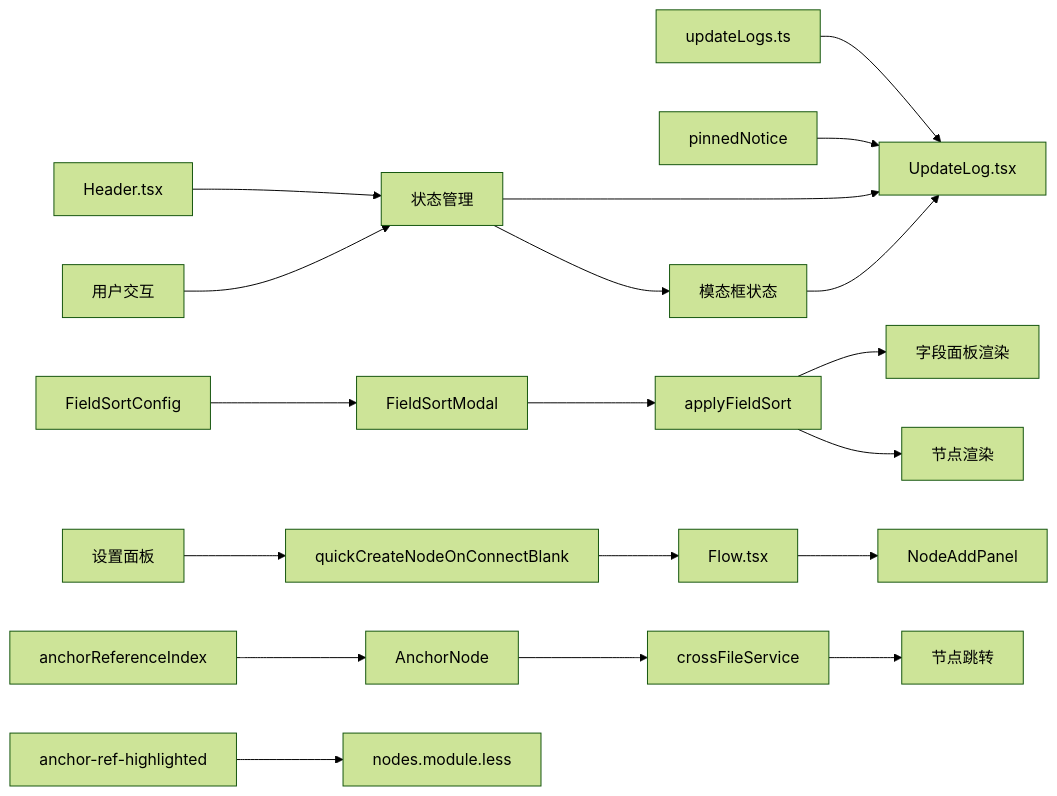
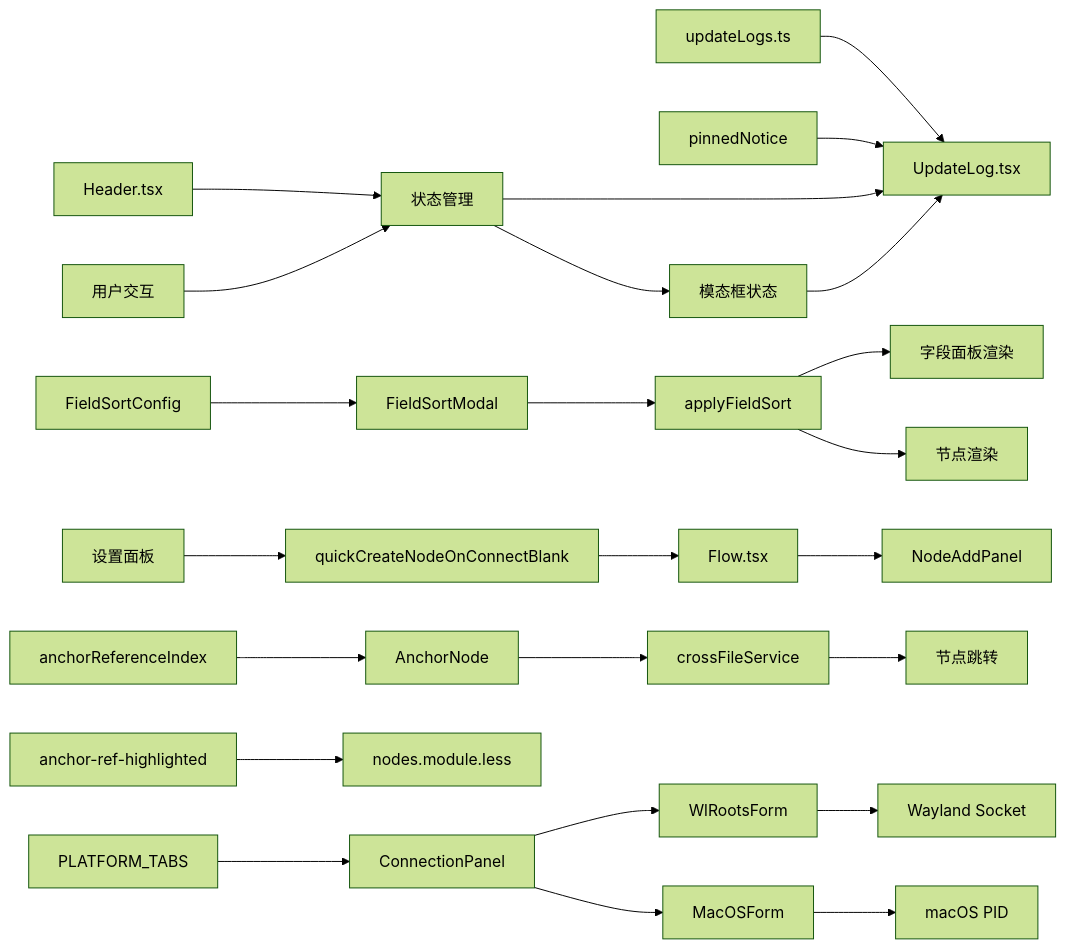
One commit to kqcoxn/MaaPipelineEditor changed diagram 29 of 30 in .qoder/repowiki/zh/content/UpdateLogs.ts.md. Above: the diagram before and after it, drawn with Mermaid (forest theme). The commit also changed other lines of this file and 6 other files, not shown here.

````diff
--- a/.qoder/repowiki/zh/content/UpdateLogs.ts.md
+++ b/.qoder/repowiki/zh/content/UpdateLogs.ts.md
@@ -734,21 +891,26 @@
 ```mermaid
 flowchart LR
 A[updateLogs.ts] --> B[UpdateLog.tsx]
 C[pinnedNotice] --> B
 D[Header.tsx] --> E[状态管理]
 E --> B
 F[用户交互] --> E
 E --> G[模态框状态]
 G --> B
 H[FieldSortConfig] --> I[FieldSortModal]
 I --> J[applyFieldSort]
 J --> K[字段面板渲染]
 J --> L[节点渲染]
 M[quickCreateNodeOnConnectBlank] --> N[Flow.tsx]
 N --> O[NodeAddPanel]
 P[设置面板] --> M
 Q[anchorReferenceIndex] --> R[AnchorNode]
 R --> S[crossFileService]
 S --> T[节点跳转]
 U[anchor-ref-highlighted] --> V[nodes.module.less]
+W[PLATFORM_TABS] --> X[ConnectionPanel]
+X --> Y[WlRootsForm]
+X --> Z[MacOSForm]
+Y --> AA[Wayland Socket]
+Z --> AB[macOS PID]
 ```
````
